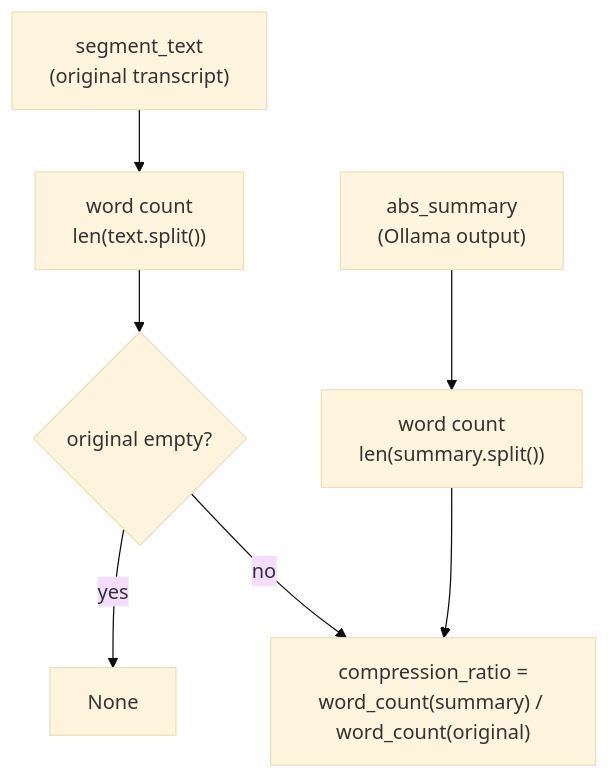
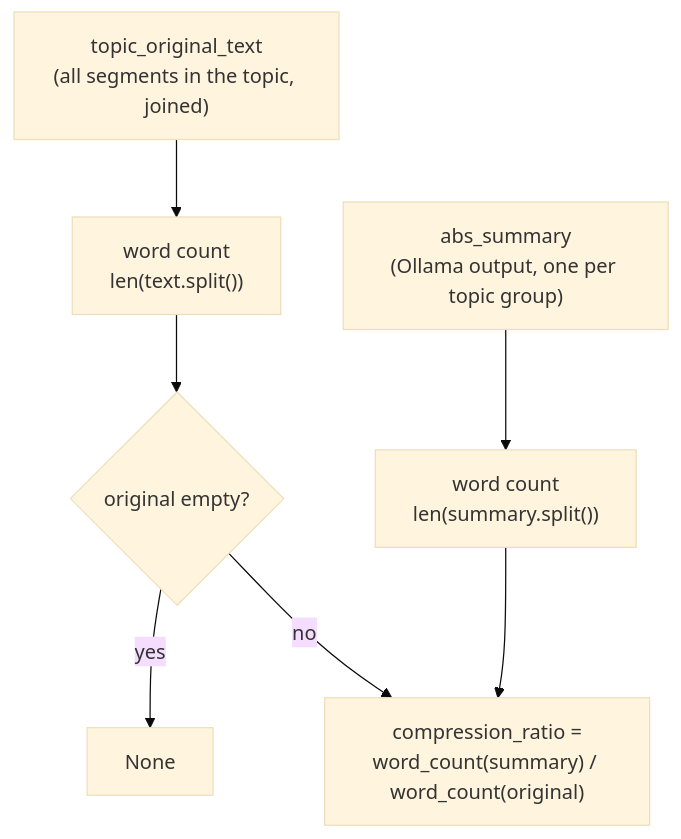
Before and after one commit to tksluangrath/podscope: the second of 3 diagrams in README.md, drawn with Mermaid (base theme). The commit also changed other lines of this file, not shown here.

First line of the commit message:
Update README for adaptive topic segmentation, per-topic summarization, and Neo4j graph

````diff
--- a/README.md
+++ b/README.md
@@ -37,9 +57,9 @@
 ```mermaid
 flowchart TD
-    S["segment_text\n(original transcript)"] --> WC1["word count\nlen(text.split())"]
-    AS["abs_summary\n(Ollama output)"] --> WC2["word count\nlen(summary.split())"]
+    S["topic_original_text\n(all segments in the topic, joined)"] --> WC1["word count\nlen(text.split())"]
+    AS["abs_summary\n(Ollama output, one per topic group)"] --> WC2["word count\nlen(summary.split())"]
     WC1 --> R{"original empty?"}
     R -->|yes| N["None"]
     R -->|no| C["compression_ratio =\nword_count(summary) / word_count(original)"]
     WC2 --> C
 ```
````
